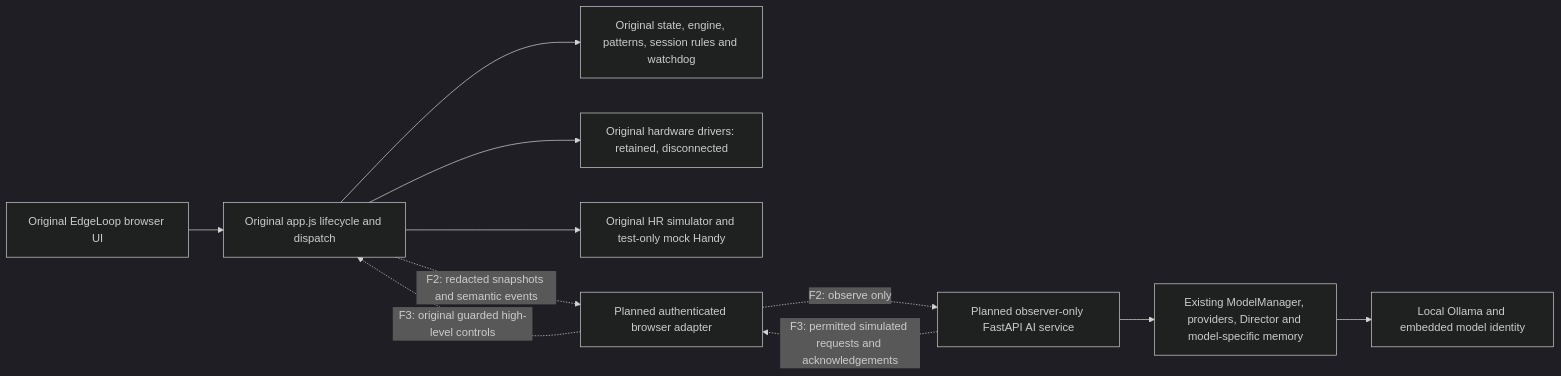
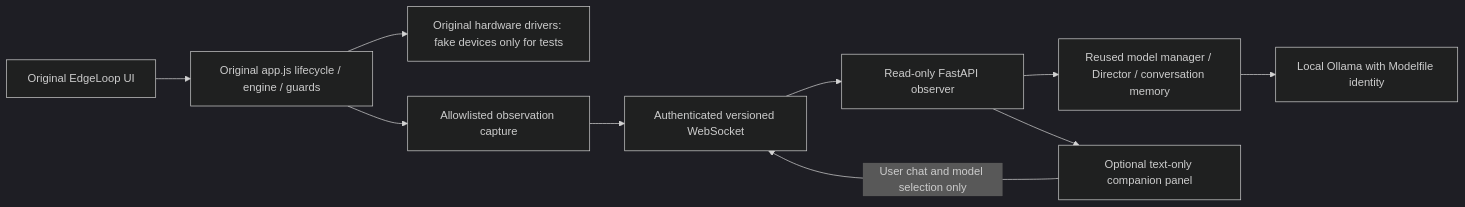
Before and after one commit to Prunebrother/edgeloop-ai-dev: the diagram in docs/fork/ARCHITECTURE.md, drawn with Mermaid (dark theme). The commit also changed other lines of this file and 27 other files, not shown here.

Commit message:
Add authenticated read-only AI observation and chat (F2)

````diff
--- a/docs/fork/ARCHITECTURE.md
+++ b/docs/fork/ARCHITECTURE.md
@@ -7,13 +7,12 @@
 ```mermaid
 flowchart LR
-  U[Original EdgeLoop browser UI] --> A[Original app.js lifecycle and dispatch]
-  A --> S[Original state, engine, patterns, session rules and watchdog]
-  A --> H[Original hardware drivers: retained, disconnected]
-  A --> F[Original HR simulator and test-only mock Handy]
-  A -. "F2: redacted snapshots and semantic events" .-> B[Planned authenticated browser adapter]
-  B -. "F2: observe only" .-> O[Planned observer-only FastAPI AI service]
-  O --> M[Existing ModelManager, providers, Director and model-specific memory]
-  M --> L[Local Ollama and embedded model identity]
-  O -. "F3: permitted simulated requests and acknowledgements" .-> B
-  B -. "F3: original guarded high-level controls" .-> A
+  U[Original EdgeLoop UI] --> A[Original app.js lifecycle / engine / guards]
+  A --> H[Original hardware drivers: fake devices only for tests]
+  A --> S[Allowlisted observation capture]
+  S --> W[Authenticated versioned WebSocket]
+  W --> O[Read-only FastAPI observer]
+  O --> M[Reused model manager / Director / conversation memory]
+  M --> L[Local Ollama with Modelfile identity]
+  O --> P[Optional text-only companion panel]
+  P -->|User chat and model selection only| W
 ```
````
